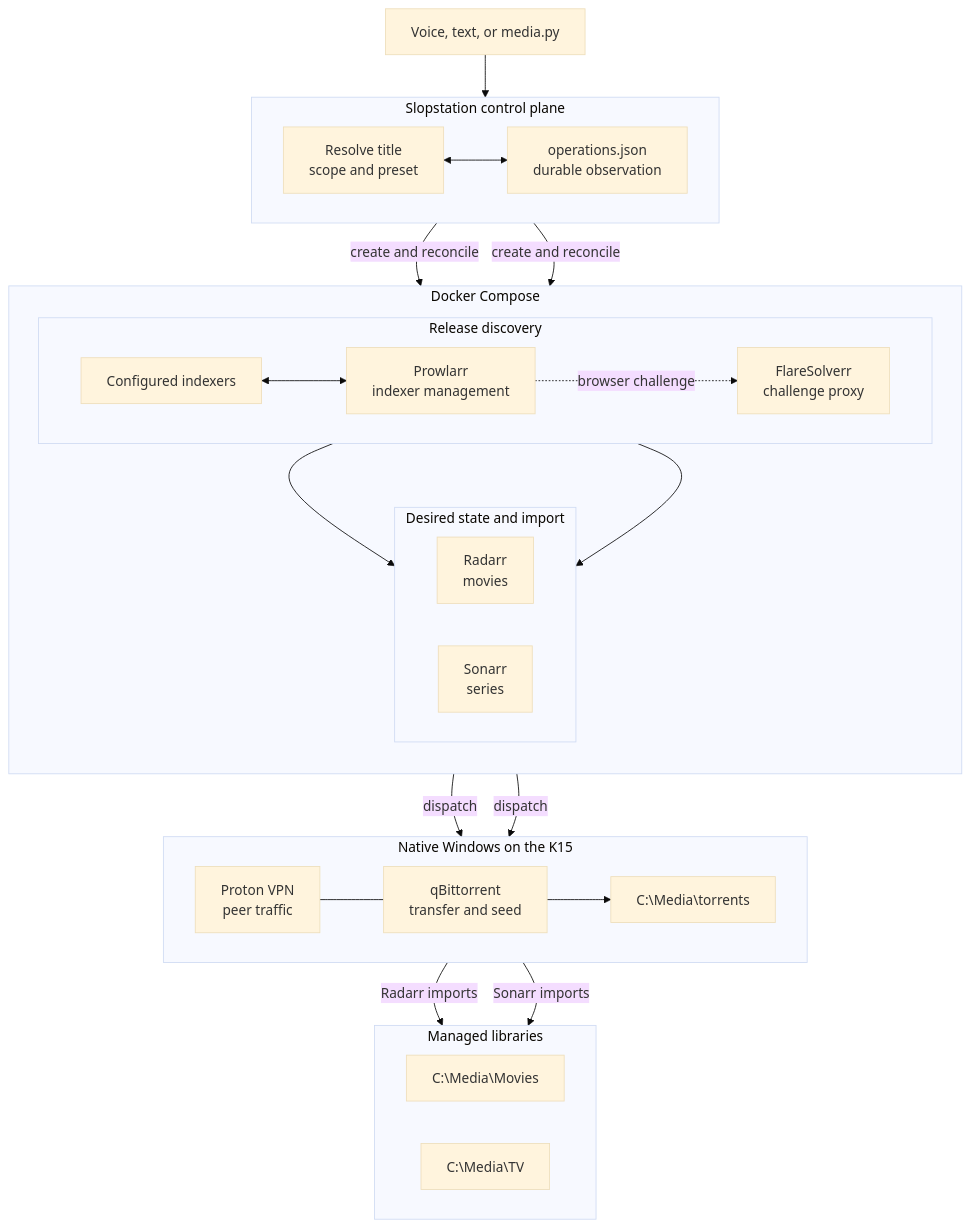
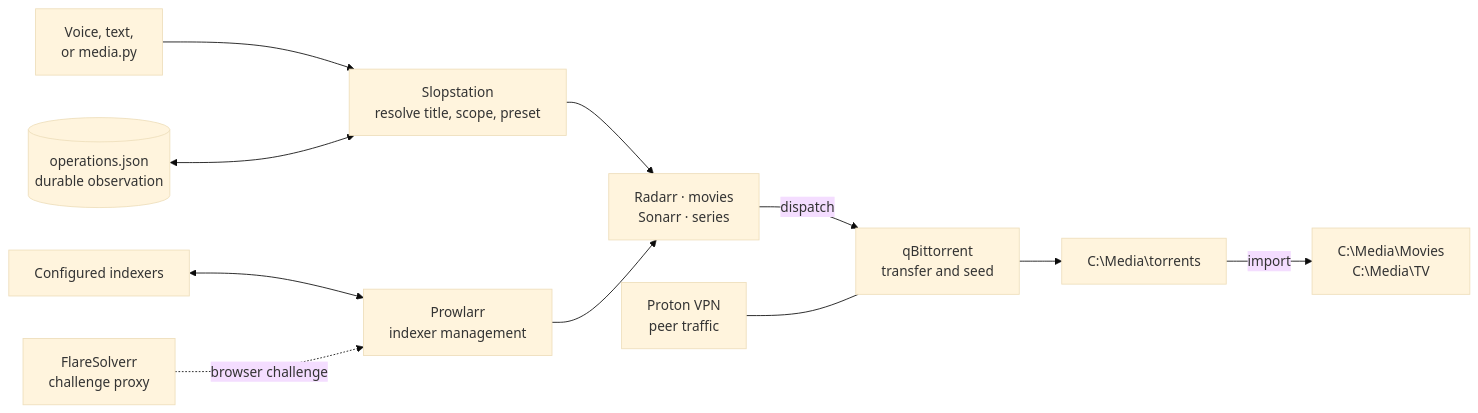
One commit to trillville/slopstation changed the diagram in k15/media/README.md. Above: the diagram before and after it, drawn with Mermaid (base theme). The commit also changed other lines of this file, not shown here.

Commit message:
docs: clarify media architecture flow

````diff
--- a/k15/media/README.md
+++ b/k15/media/README.md
@@ -9,50 +9,14 @@
 ```mermaid
-flowchart TB
-    request[Voice, text, or media.py]
+flowchart LR
+    request[Voice, text,<br/>or media.py] --> slop[Slopstation<br/>resolve title, scope, preset]
+    slop --> managers[Radarr · movies<br/>Sonarr · series]
+    managers -->|dispatch| qbit[qBittorrent<br/>transfer and seed]
+    qbit --> torrents[C:\Media\torrents]
+    torrents -->|import| libraries[C:\Media\Movies<br/>C:\Media\TV]
 
-    subgraph control[Slopstation control plane]
-        direction LR
-        slop[Resolve title<br/>scope and preset]
-        ops[operations.json<br/>durable observation]
-        slop <--> ops
-    end
-
-    subgraph docker[Docker Compose]
-        direction TB
-
-        subgraph discovery[Release discovery]
-            direction LR
-            indexers[Configured indexers] <--> prowlarr[Prowlarr<br/>indexer management]
-            prowlarr -. browser challenge .-> flaresolverr[FlareSolverr<br/>challenge proxy]
-        end
-
-        subgraph managers[Desired state and import]
-            direction LR
-            radarr[Radarr<br/>movies]
-            sonarr[Sonarr<br/>series]
-        end
-
-        prowlarr --> radarr
-        prowlarr --> sonarr
-    end
-
-    subgraph windows[Native Windows on the K15]
-        direction LR
-        proton[Proton VPN<br/>peer traffic] --- qbit[qBittorrent<br/>transfer and seed]
-        qbit --> torrents[C:\Media\torrents]
-    end
-
-    subgraph libraries[Managed libraries]
-        direction LR
-        movies[C:\Media\Movies]
-        tv[C:\Media\TV]
-    end
-
-    request --> slop
-    slop -->|create and reconcile| radarr
-    slop -->|create and reconcile| sonarr
-    radarr -->|dispatch| qbit
-    sonarr -->|dispatch| qbit
-    torrents -->|Radarr imports| movies
-    torrents -->|Sonarr imports| tv
+    ops[(operations.json<br/>durable observation)] <--> slop
+    indexers[Configured indexers] <--> prowlarr[Prowlarr<br/>indexer management]
+    flaresolverr[FlareSolverr<br/>challenge proxy] -. browser challenge .-> prowlarr
+    prowlarr --> managers
+    proton[Proton VPN<br/>peer traffic] --- qbit
 ```
````
